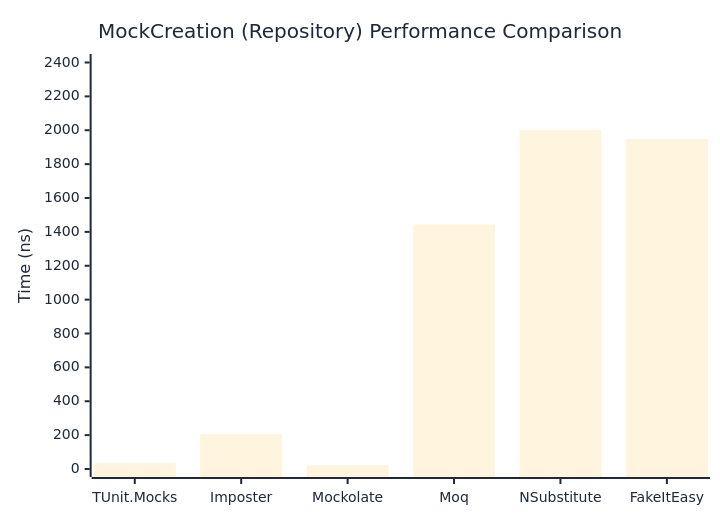
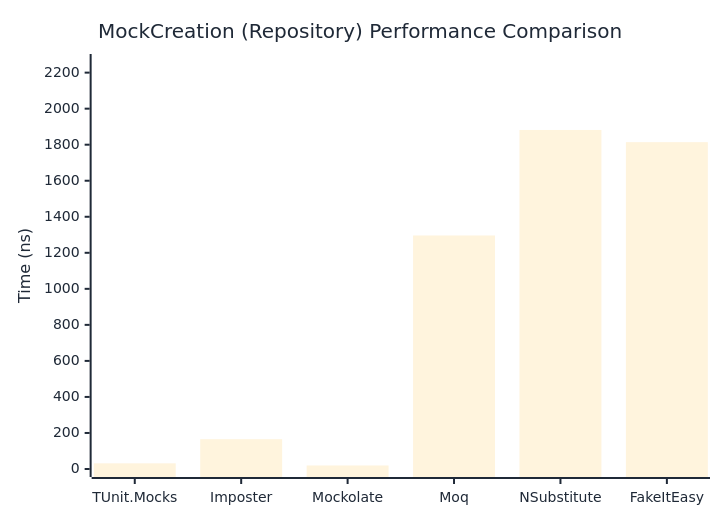
The second of 2 diagrams in docs/docs/benchmarks/mocks/MockCreation.md (thomhurst/TUnit), drawn with Mermaid before and after one commit. The commit also changed other lines of this file and 14 other files, not shown here.

````diff
--- a/docs/docs/benchmarks/mocks/MockCreation.md
+++ b/docs/docs/benchmarks/mocks/MockCreation.md
@@ -71,27 +71,27 @@
 ```mermaid
 %%{init: {
   'theme':'base',
   'themeVariables': {
     'primaryColor': '#2563eb',
     'primaryTextColor': '#1f2937',
     'primaryBorderColor': '#1e40af',
     'lineColor': '#6b7280',
     'secondaryColor': '#7c3aed',
     'tertiaryColor': '#dc2626',
     'background': '#ffffff',
     'pie1': '#2563eb',
     'pie2': '#7c3aed',
     'pie3': '#dc2626',
     'pie4': '#f59e0b',
     'pie5': '#10b981',
     'pie6': '#06b6d4',
     'pie7': '#ec4899',
     'pie8': '#6366f1'
   }
 }}%%
 xychart-beta
   title "MockCreation (Repository) Performance Comparison"
   x-axis ["TUnit.Mocks", "Imposter", "Mockolate", "Moq", "NSubstitute", "FakeItEasy"]
-  y-axis "Time (ns)" 0 --> 2403
-  bar [34.24, 207.55, 22.5, 1443.82, 2002.45, 1948.75]
+  y-axis "Time (ns)" 0 --> 2259
+  bar [31.5, 165.46, 19.49, 1296.18, 1881.74, 1814.03]
 ```
````
